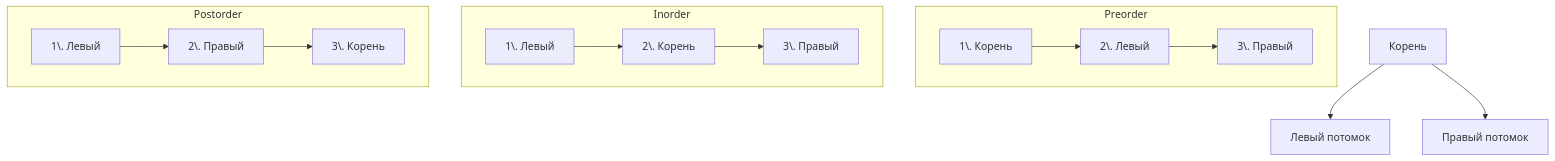
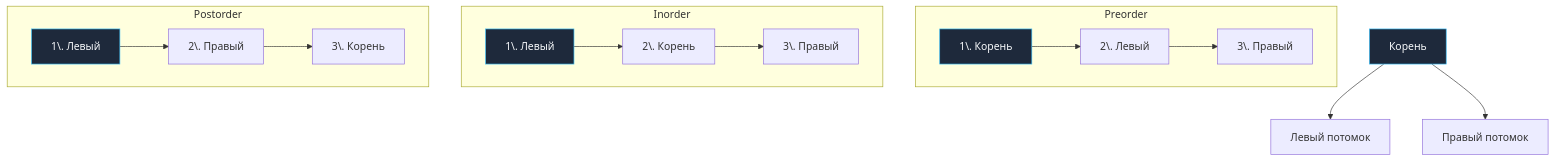
One commit to UnrealTemplier/go-textbook changed the diagram in sources/21. Задачи с LeetCode и собеседований на Go/02. Задачи/11. Поиск в глубину DFS/1. Теория. DFS.md. Above: the diagram before and after it, drawn with Mermaid. The commit also changed 1666 other files, not shown here.

First line of the commit message:
feat(mermaid): add semantic color classDef to 1369 colorless flowchart/graph diagrams

````diff
--- a/sources/21. Задачи с LeetCode и собеседований на Go/02. Задачи/11. Поиск в глубину DFS/1. Теория. DFS.md
+++ b/sources/21. Задачи с LeetCode и собеседований на Go/02. Задачи/11. Поиск в глубину DFS/1. Теория. DFS.md
@@ -16,18 +16,28 @@
 ```mermaid
 flowchart TD
-    Root["Корень"] --> Left["Левый потомок"]
+    classDef process  fill:#1e293b,stroke:#38bdf8,stroke-width:1px,color:#f8fafc
+    classDef success  fill:#064e3b,stroke:#34d399,stroke-width:1px,color:#f8fafc
+    classDef error    fill:#7f1d1d,stroke:#f87171,stroke-width:1px,color:#f8fafc
+    classDef warning  fill:#78350f,stroke:#fbbf24,stroke-width:1px,color:#f8fafc
+    classDef entry    fill:#1e3a5f,stroke:#38bdf8,stroke-width:2px,color:#f8fafc
+    classDef aux      fill:#334155,stroke:#64748b,stroke-width:1px,color:#f8fafc
+    classDef system   fill:#312e81,stroke:#a78bfa,stroke-width:1px,color:#f8fafc
+    classDef data     fill:#132d29,stroke:#2dd4bf,stroke-width:1px,color:#f8fafc
+    classDef network  fill:#881337,stroke:#fb7185,stroke-width:1px,color:#f8fafc
+    classDef accent   fill:#1e1b4b,stroke:#818cf8,stroke-width:1px,color:#f8fafc
+    Root["Корень"]:::process --> Left["Левый потомок"]
     Root --> Right["Правый потомок"]
     
     subgraph Preorder
-        P1["1\. Корень"] --> P2["2\. Левый"]
+        P1["1\. Корень"]:::process --> P2["2\. Левый"]
         P2 --> P3["3\. Правый"]
     end
     subgraph Inorder
-        I1["1\. Левый"] --> I2["2\. Корень"]
+        I1["1\. Левый"]:::process --> I2["2\. Корень"]
         I2 --> I3["3\. Правый"]
     end
     subgraph Postorder
-        Po1["1\. Левый"] --> Po2["2\. Правый"]
+        Po1["1\. Левый"]:::process --> Po2["2\. Правый"]
         Po2 --> Po3["3\. Корень"]
     end
 ```
````
